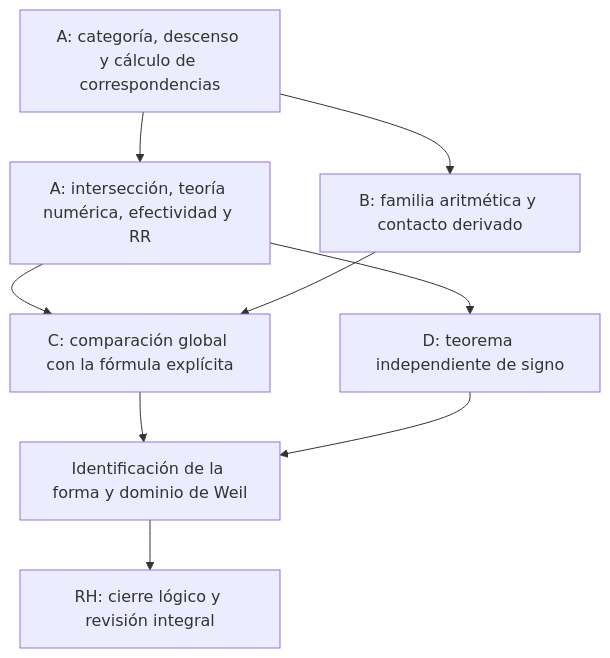
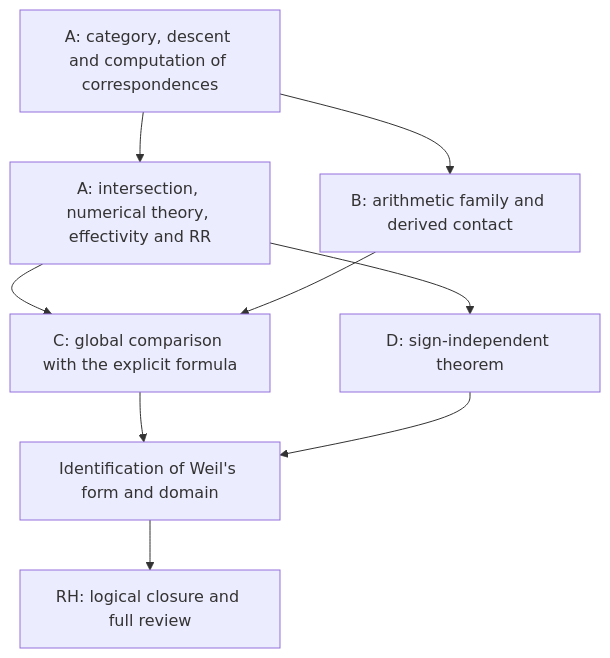
Before and after one commit to dtrejopizzo/riemann: the diagram in 05-meta-and-planning/ABCD-CLOSURE-PLAN/PLAN.md, drawn with Mermaid. The commit also changed other lines of this file and 6019 other files, not shown here.

````diff
--- a/05-meta-and-planning/ABCD-CLOSURE-PLAN/PLAN.md
+++ b/05-meta-and-planning/ABCD-CLOSURE-PLAN/PLAN.md
@@ -160,11 +160,11 @@
 ```mermaid
 flowchart TD
-    A0["A: categoría, descenso y cálculo de correspondencias"] --> A1["A: intersección, teoría numérica, efectividad y RR"]
-    A0 --> B["B: familia aritmética y contacto derivado"]
-    A1 --> C["C: comparación global con la fórmula explícita"]
+    A0["A: category, descent and computation of correspondences"] --> A1["A: intersection, numerical theory, effectivity and RR"]
+    A0 --> B["B: arithmetic family and derived contact"]
+    A1 --> C["C: global comparison with the explicit formula"]
     B --> C
-    A1 --> D["D: teorema independiente de signo"]
-    C --> E["Identificación de la forma y dominio de Weil"]
+    A1 --> D["D: sign-independent theorem"]
+    C --> E["Identification of Weil's form and domain"]
     D --> E
-    E --> RH["RH: cierre lógico y revisión integral"]
+    E --> RH["RH: logical closure and full review"]
 ```
````
